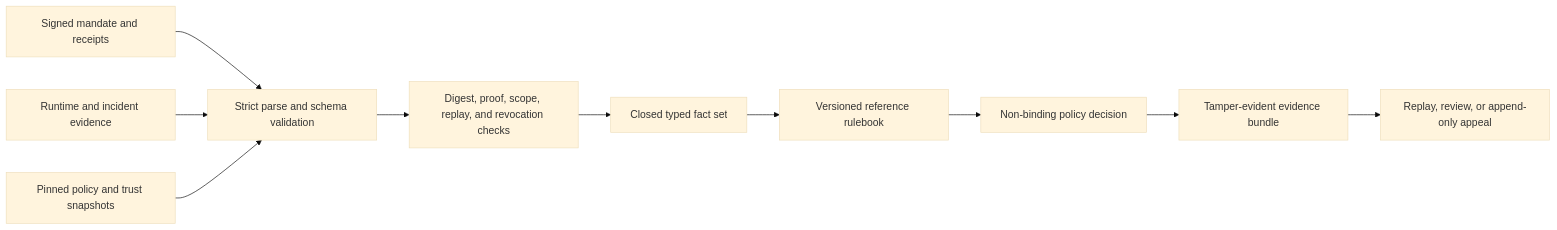
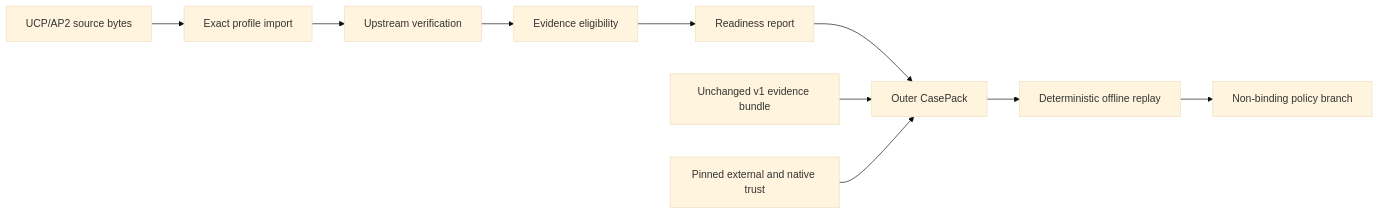
The diagram in README.md (EauDoon/mandatebound), drawn with Mermaid (base theme) before and after one commit. The commit also changed other lines of this file and 38 other files, not shown here.

````diff
--- a/README.md
+++ b/README.md
@@ -68,12 +44,12 @@
 ```mermaid
 flowchart LR
-  A["Signed mandate and receipts"] --> P["Strict parse and schema validation"]
-  B["Runtime and incident evidence"] --> P
-  C["Pinned policy and trust snapshots"] --> P
-  P --> V["Digest, proof, scope, replay, and revocation checks"]
-  V --> F["Closed typed fact set"]
-  F --> R["Versioned reference rulebook"]
-  R --> D["Non-binding policy decision"]
-  D --> E["Tamper-evident evidence bundle"]
-  E --> H["Replay, review, or append-only appeal"]
+  S["UCP/AP2 source bytes"] --> I["Exact profile import"]
+  I --> V["Upstream verification"]
+  V --> E["Evidence eligibility"]
+  E --> R["Readiness report"]
+  R --> C["Outer CasePack"]
+  B["Unchanged v1 evidence bundle"] --> C
+  T["Pinned external and native trust"] --> C
+  C --> P["Deterministic offline replay"]
+  P --> D["Non-binding policy branch"]
 ```
````
